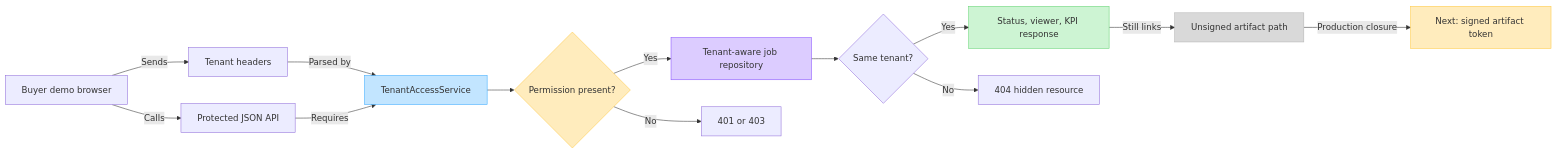
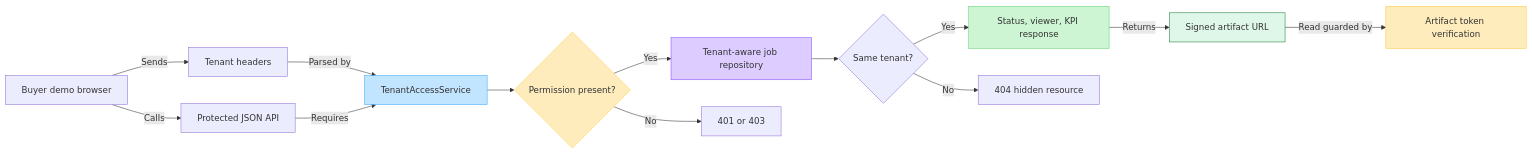
One commit to ContextualWisdomLab/clearfolio changed the sixth of 7 diagrams in docs/design/2026-07-02-buyer-demo-kpi-figjam-handoff.md. Above: the diagram before and after it, drawn with Mermaid. The commit also changed other lines of this file and 41 other files, not shown here.

Commit message:
feat: require signed artifact tokens

````diff
--- a/docs/design/2026-07-02-buyer-demo-kpi-figjam-handoff.md
+++ b/docs/design/2026-07-02-buyer-demo-kpi-figjam-handoff.md
@@ -272,35 +274,35 @@
 ```mermaid
 flowchart LR
     browser["Buyer demo browser"]
     headers["Tenant headers"]
     api["Protected JSON API"]
     auth["TenantAccessService"]
     permission{"Permission present?"}
     repository["Tenant-aware job repository"]
     owner{"Same tenant?"}
     response["Status, viewer, KPI response"]
     denied["401 or 403"]
     hidden["404 hidden resource"]
-    artifact["Unsigned artifact path"]
-    signed["Next: signed artifact token"]
+    artifact["Signed artifact URL"]
+    signed["Artifact token verification"]
 
     browser -->|"Sends"| headers
     headers -->|"Parsed by"| auth
     browser -->|"Calls"| api
     api -->|"Requires"| auth
     auth --> permission
     permission -->|"No"| denied
     permission -->|"Yes"| repository
     repository --> owner
     owner -->|"No"| hidden
     owner -->|"Yes"| response
-    response -->|"Still links"| artifact
-    artifact -->|"Production closure"| signed
+    response -->|"Returns"| artifact
+    artifact -->|"Read guarded by"| signed
 
     style auth fill:#C2E5FF,stroke:#3DADFF
     style permission fill:#FFECBD,stroke:#FFC943
     style repository fill:#DCCCFF,stroke:#874FFF
     style response fill:#CDF4D3,stroke:#66D575
-    style artifact fill:#D9D9D9,stroke:#B3B3B3
+    style artifact fill:#DFF7E8,stroke:#1B7F3A
     style signed fill:#FFECBD,stroke:#FFC943
 ```
````
